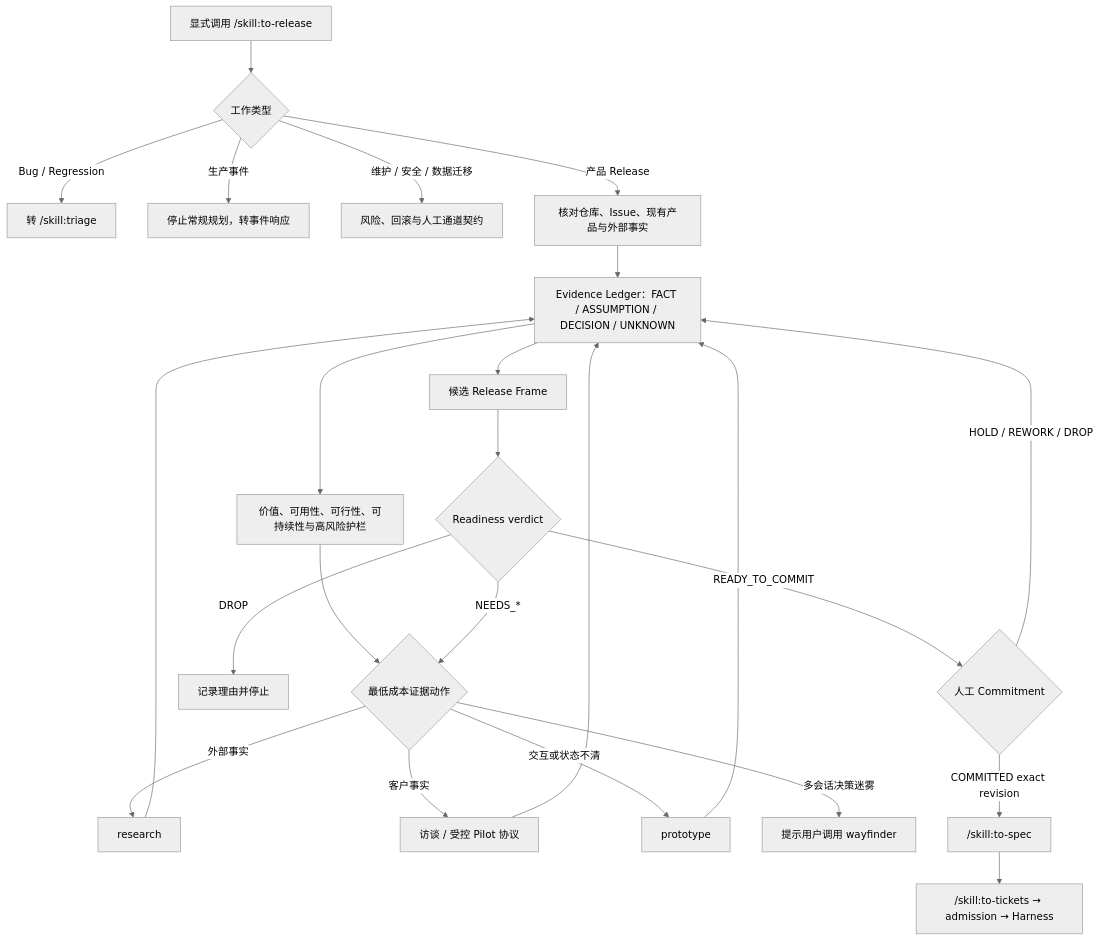
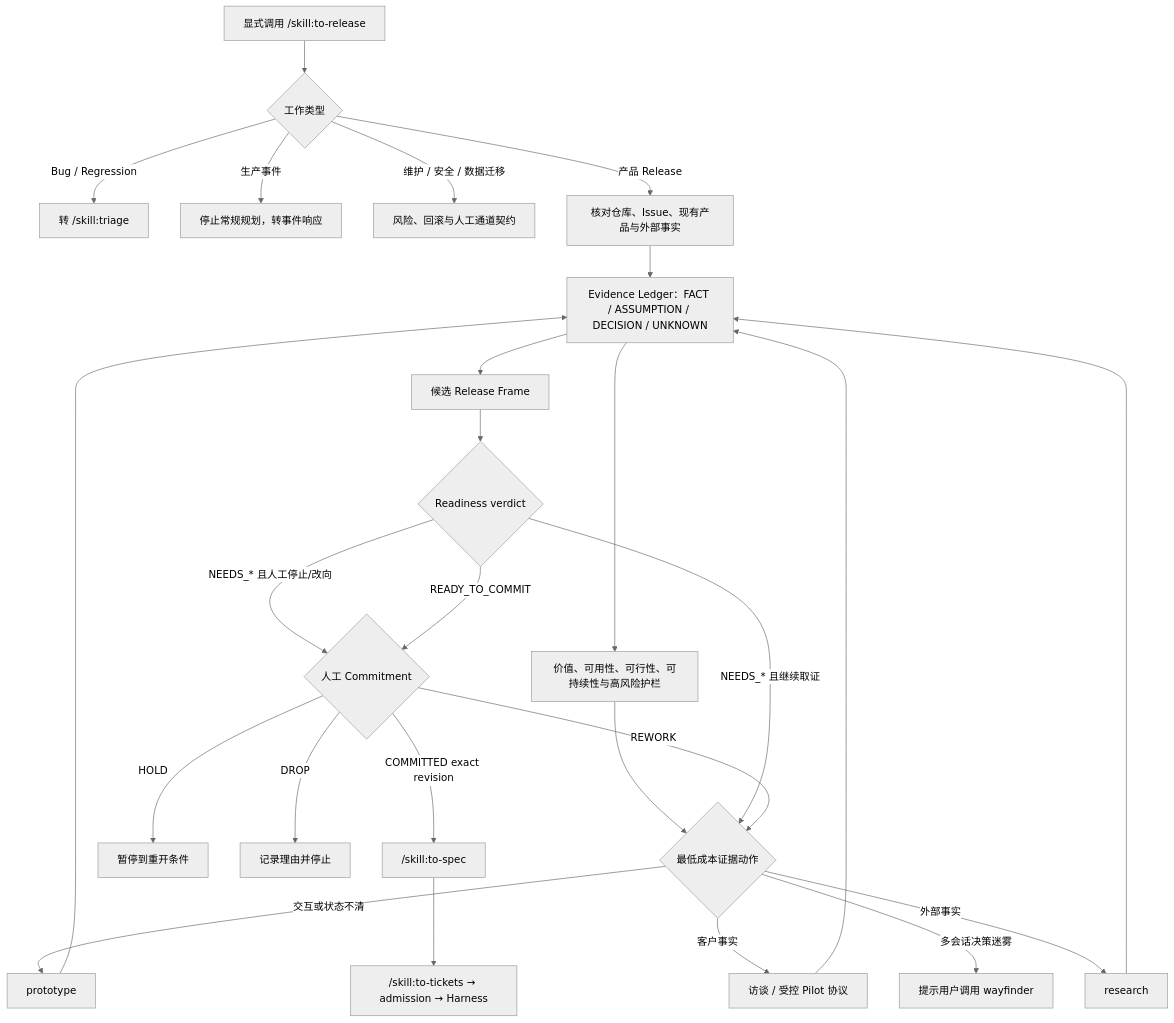
The diagram in docs/plans/to-release-skill-architecture.md (Notyet1307/pi-ticket-planning), drawn with Mermaid (neutral theme) before and after one commit. The commit also changed other lines of this file and 16 other files, not shown here.

````diff
--- a/docs/plans/to-release-skill-architecture.md
+++ b/docs/plans/to-release-skill-architecture.md
@@ -82,26 +82,28 @@
 ```mermaid
 flowchart TD
     I["显式调用 /skill:to-release"] --> C{"工作类型"}
     C -->|"Bug / Regression"| T["转 /skill:triage"]
     C -->|"生产事件"| X["停止常规规划，转事件响应"]
     C -->|"维护 / 安全 / 数据迁移"| K["风险、回滚与人工通道契约"]
     C -->|"产品 Release"| F["核对仓库、Issue、现有产品与外部事实"]
     F --> E["Evidence Ledger：FACT / ASSUMPTION / DECISION / UNKNOWN"]
     E --> R["价值、可用性、可行性、可持续性与高风险护栏"]
     R --> A{"最低成本证据动作"}
     A -->|"外部事实"| RS["research"]
     A -->|"客户事实"| P["访谈 / 受控 Pilot 协议"]
     A -->|"交互或状态不清"| PT["prototype"]
     A -->|"多会话决策迷雾"| W["提示用户调用 wayfinder"]
     RS --> E
     P --> E
     PT --> E
     E --> RF["候选 Release Frame"]
     RF --> V{"Readiness verdict"}
-    V -->|"NEEDS_*"| A
-    V -->|"DROP"| D["记录理由并停止"]
+    V -->|"NEEDS_* 且继续取证"| A
+    V -->|"NEEDS_* 且人工停止/改向"| H
     V -->|"READY_TO_COMMIT"| H{"人工 Commitment"}
-    H -->|"HOLD / REWORK / DROP"| E
+    H -->|"REWORK"| A
+    H -->|"HOLD"| PH["暂停到重开条件"]
+    H -->|"DROP"| D["记录理由并停止"]
     H -->|"COMMITTED exact revision"| S["/skill:to-spec"]
     S --> TT["/skill:to-tickets → admission → Harness"]
 ```
````
